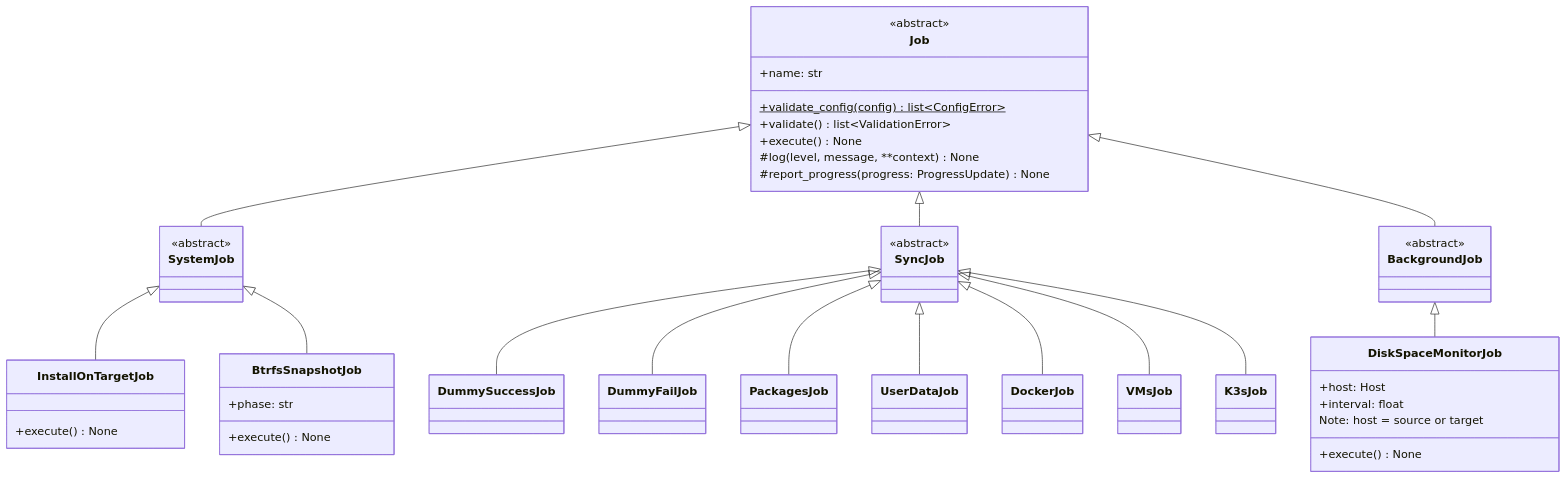
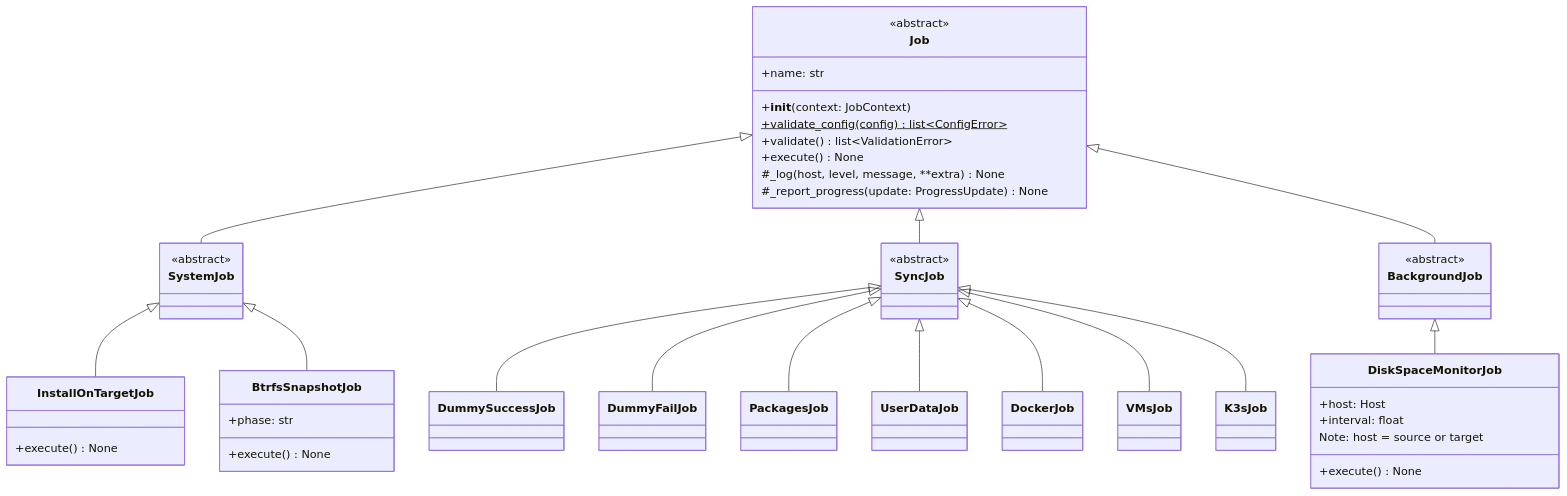
The third of 21 diagrams in specs/001-foundation/architecture.md (flaksit/pc-switcher), drawn with Mermaid before and after one commit. The commit also changed other lines of this file and 13 other files, not shown here.

````diff
--- a/specs/001-foundation/architecture.md
+++ b/specs/001-foundation/architecture.md
@@ -174,75 +174,76 @@
 ```mermaid
 classDiagram
     class Job {
         <<abstract>>
         +name: str
+        +__init__(context: JobContext)
         +validate_config(config)$ list~ConfigError~
         +validate() list~ValidationError~
         +execute() None
-        #log(level, message, **context) None
-        #report_progress(progress: ProgressUpdate) None
+        #_log(host, level, message, **extra) None
+        #_report_progress(update: ProgressUpdate) None
     }
 
     class SystemJob {
         <<abstract>>
     }
 
     class SyncJob {
         <<abstract>>
     }
 
     class BackgroundJob {
         <<abstract>>
     }
 
     class InstallOnTargetJob {
         +execute() None
     }
 
     class BtrfsSnapshotJob {
         +phase: str
         +execute() None
     }
 
     class DummySuccessJob {
     }
 
     class DummyFailJob {
     }
 
     class PackagesJob {
     }
 
     class UserDataJob {
     }
 
     class DockerJob {
     }
 
     class VMsJob {
     }
 
     class K3sJob {
     }
 
     class DiskSpaceMonitorJob {
         +host: Host
         +interval: float
         +execute() None
         Note: host = source or target
     }
 
     Job <|-- SystemJob
     Job <|-- SyncJob
     Job <|-- BackgroundJob
     SystemJob <|-- InstallOnTargetJob
     SystemJob <|-- BtrfsSnapshotJob
     SyncJob <|-- DummySuccessJob
     SyncJob <|-- DummyFailJob
     SyncJob <|-- PackagesJob
     SyncJob <|-- UserDataJob
     SyncJob <|-- DockerJob
     SyncJob <|-- VMsJob
     SyncJob <|-- K3sJob
     BackgroundJob <|-- DiskSpaceMonitorJob
 ```
````
